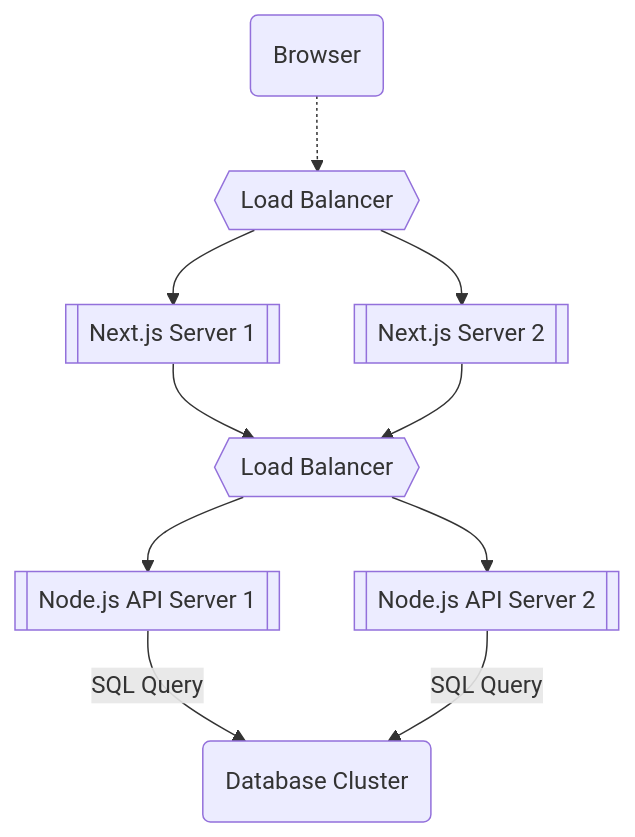
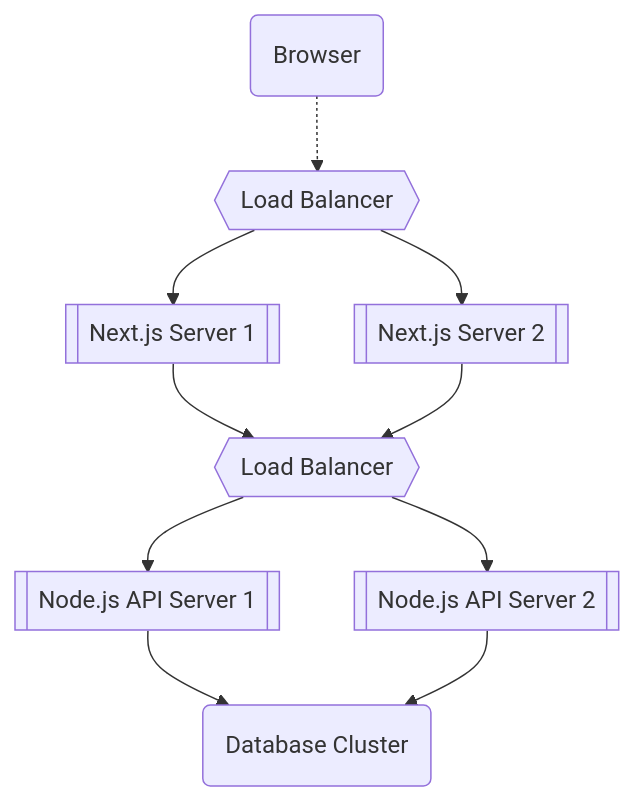
The third of 3 diagrams in README.md (jecc-opensource/retroview), drawn with Mermaid before and after one commit.

````diff
--- a/README.md
+++ b/README.md
@@ -47,12 +47,12 @@
 ```mermaid
 graph TD;
   C("Browser") -.-> LB1{{"Load Balancer"}};
   LB1 --> N1[["Next.js Server 1"]];
   LB1 --> N2[["Next.js Server 2"]];
   N1 --> LB2{{"Load Balancer"}};
   N2 --> LB2;
   LB2 --> A1[["Node.js API Server 1"]];
   LB2 --> A2[["Node.js API Server 2"]];
-  A1 --> |"SQL Query"| D("Database Cluster");
-  A2 --> |"SQL Query"| D;
+  A1 --> D("Database Cluster");
+  A2 --> D;
 ```
````
